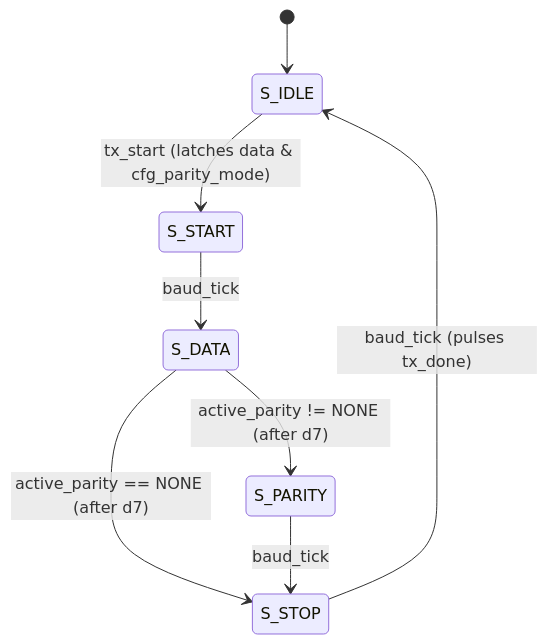
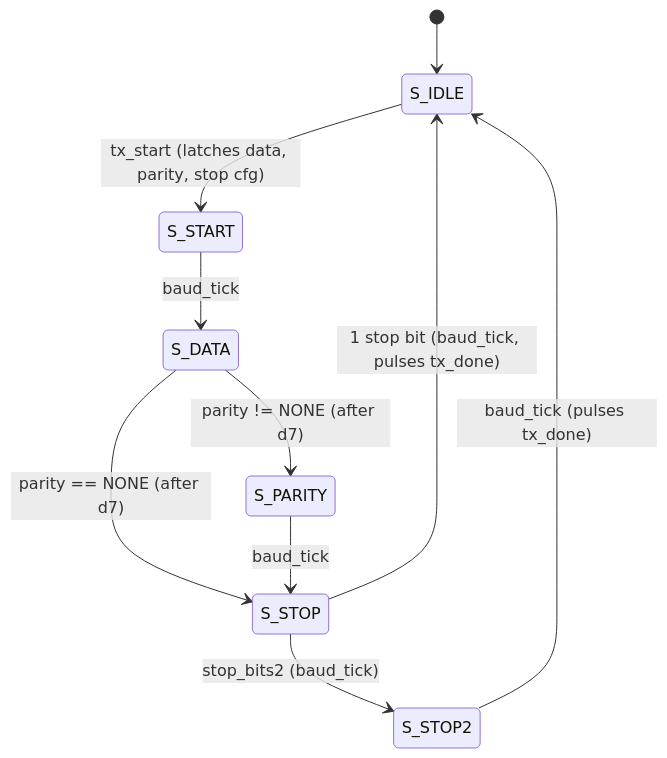
Before and after one commit to TharinduHimantha/8-bit-UART-Communication-System-in-Verilog-HDL: the first of 3 diagrams in README.md, drawn with Mermaid. The commit also changed other lines of this file and 24 other files, not shown here.

````diff
--- a/README.md
+++ b/README.md
@@ -246,10 +175,12 @@
 ```mermaid
 stateDiagram-v2
     [*] --> S_IDLE
-    S_IDLE --> S_START: tx_start (latches data & cfg_parity_mode)
+    S_IDLE --> S_START: tx_start (latches data, parity, stop cfg)
     S_START --> S_DATA: baud_tick
-    S_DATA --> S_PARITY: active_parity != NONE (after d7)
-    S_DATA --> S_STOP: active_parity == NONE (after d7)
+    S_DATA --> S_PARITY: parity != NONE (after d7)
+    S_DATA --> S_STOP: parity == NONE (after d7)
     S_PARITY --> S_STOP: baud_tick
-    S_STOP --> S_IDLE: baud_tick (pulses tx_done)
+    S_STOP --> S_STOP2: stop_bits2 (baud_tick)
+    S_STOP --> S_IDLE: 1 stop bit (baud_tick, pulses tx_done)
+    S_STOP2 --> S_IDLE: baud_tick (pulses tx_done)
 ```
````
